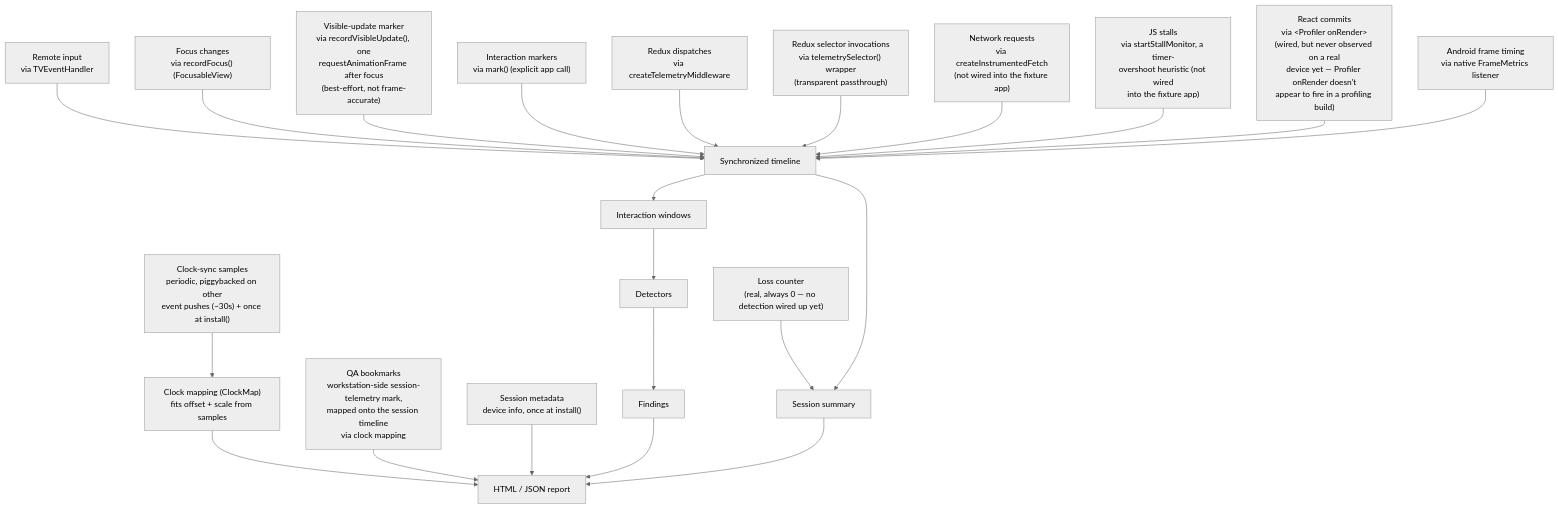
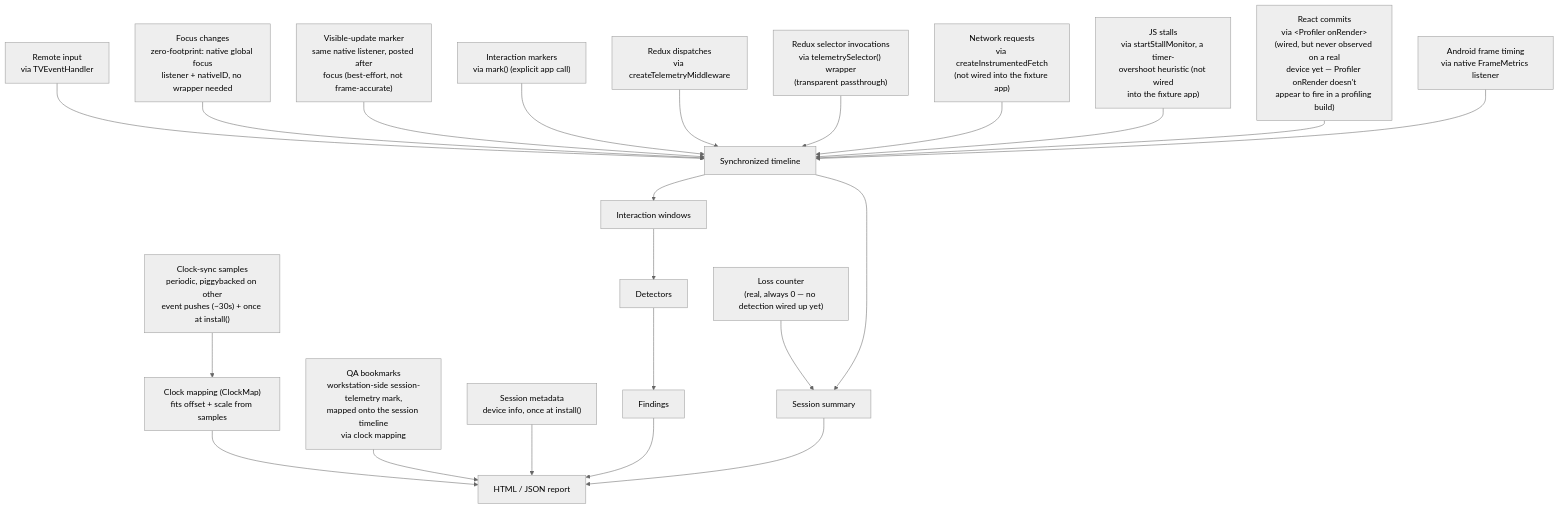
Before and after one commit to undrafted/rn-android-tv-session-telemetry: the diagram in diagrams/signals.mmd, drawn with Mermaid. The commit also changed 12 other files, not shown here.

Commit message:
Replace FocusableView with a zero-footprint native global focus listener

```diff
--- a/diagrams/signals.mmd
+++ b/diagrams/signals.mmd
@@ -1,27 +1,27 @@
 %%{init: {"theme": "neutral"}}%%
 %% Full per-signal detail (capture mechanism, which detector consumes it, exact thresholds):
 %% see ../docs/measurement-semantics.md
 flowchart TD
     RemoteInput["Remote input<br/>via TVEventHandler"] --> Timeline["Synchronized timeline"]
-    Focus["Focus changes<br/>via recordFocus() (FocusableView)"] --> Timeline
-    VisibleUpdate["Visible-update marker<br/>via recordVisibleUpdate(), one<br/>requestAnimationFrame after focus<br/>(best-effort, not frame-accurate)"] --> Timeline
+    Focus["Focus changes<br/>zero-footprint: native global focus<br/>listener + nativeID, no wrapper needed"] --> Timeline
+    VisibleUpdate["Visible-update marker<br/>same native listener, posted after<br/>focus (best-effort, not frame-accurate)"] --> Timeline
     InteractionMarker["Interaction markers<br/>via mark() (explicit app call)"] --> Timeline
     Redux["Redux dispatches<br/>via createTelemetryMiddleware"] --> Timeline
     Selector["Redux selector invocations<br/>via telemetrySelector() wrapper<br/>(transparent passthrough)"] --> Timeline
     Network["Network requests<br/>via createInstrumentedFetch<br/>(not wired into the fixture app)"] --> Timeline
     JSStall["JS stalls<br/>via startStallMonitor, a timer-<br/>overshoot heuristic (not wired<br/>into the fixture app)"] --> Timeline
     ReactCommit["React commits<br/>via &lt;Profiler onRender&gt;<br/>(wired, but never observed on a real<br/>device yet — Profiler onRender doesn't<br/>appear to fire in a profiling build)"] --> Timeline
     FrameTiming["Android frame timing<br/>via native FrameMetrics listener"] --> Timeline
 
     ClockSync["Clock-sync samples<br/>periodic, piggybacked on other<br/>event pushes (~30s) + once at install()"] --> ClockMapping["Clock mapping (ClockMap)<br/>fits offset + scale from samples"]
     ClockMapping --> ReportOut
     Bookmarks["QA bookmarks<br/>workstation-side session-telemetry mark,<br/>mapped onto the session timeline<br/>via clock mapping"] --> ReportOut
     SessionMeta["Session metadata<br/>device info, once at install()"] --> ReportOut
     LossCount["Loss counter<br/>(real, always 0 — no detection wired up yet)"] --> Summary
 
     Timeline --> Windows["Interaction windows"]
     Timeline --> Summary["Session summary"]
     Windows --> Detectors["Detectors"]
     Detectors --> Findings["Findings"]
     Findings --> ReportOut["HTML / JSON report"]
     Summary --> ReportOut
```
